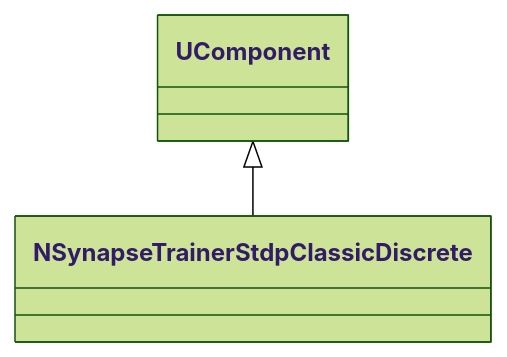
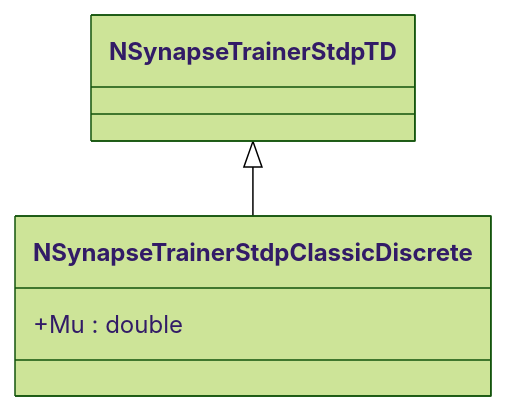
The sixth of 9 diagrams in Docs/Components/NSynapseTrainerStdpClassicDiscrete.md (aicommunity/Nmsdk-PulseLib), drawn with Mermaid (forest theme) before and after one commit. The commit also changed other lines of this file and 196 other files, not shown here.

````diff
--- a/Docs/Components/NSynapseTrainerStdpClassicDiscrete.md
+++ b/Docs/Components/NSynapseTrainerStdpClassicDiscrete.md
@@ -69,4 +255,7 @@
 ```mermaid
 classDiagram
-    UComponent <|-- NSynapseTrainerStdpClassicDiscrete
+    NSynapseTrainerStdpTD <|-- NSynapseTrainerStdpClassicDiscrete
+    class NSynapseTrainerStdpClassicDiscrete {
+        +Mu : double
+    }
 ```
````
